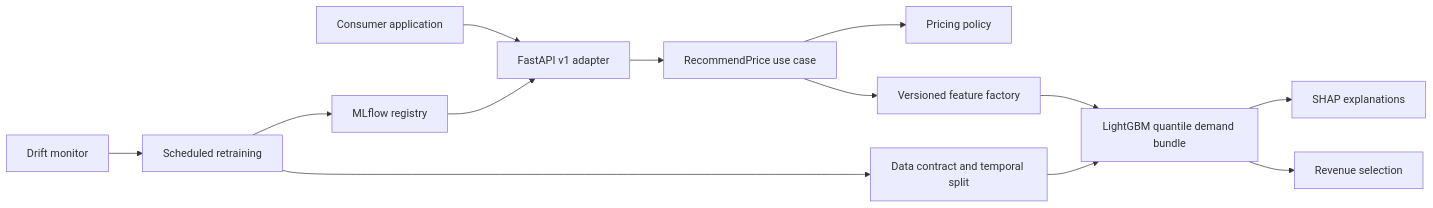
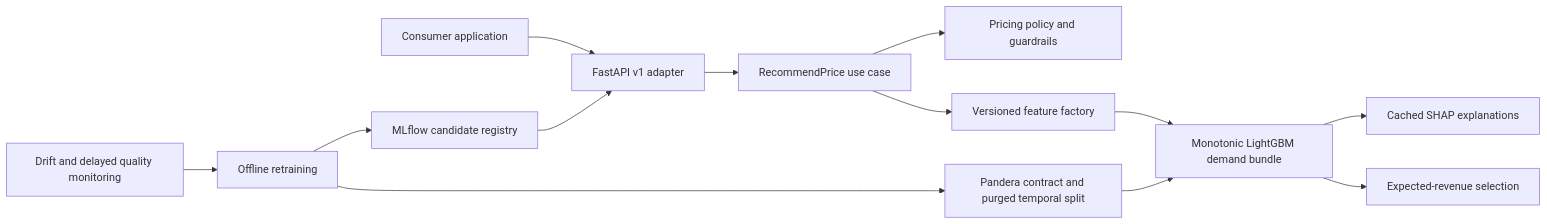
The first of 2 diagrams in docs/architecture.md (Miguesh/pricing-recommendation-engine-), drawn with Mermaid before and after one commit. The commit also changed other lines of this file and 49 other files, not shown here.

````diff
--- a/docs/architecture.md
+++ b/docs/architecture.md
@@ -17,15 +22,15 @@
-~~~mermaid
+```mermaid
 flowchart LR
     Client["Consumer application"] --> API["FastAPI v1 adapter"]
     API --> UseCase["RecommendPrice use case"]
-    UseCase --> Policy["Pricing policy"]
+    UseCase --> Policy["Pricing policy and guardrails"]
     UseCase --> Features["Versioned feature factory"]
-    Features --> Model["LightGBM quantile demand bundle"]
-    Model --> Explain["SHAP explanations"]
-    Model --> Optimize["Revenue selection"]
-    Train["Scheduled retraining"] --> Validate["Data contract and temporal split"]
+    Features --> Model["Monotonic LightGBM demand bundle"]
+    Model --> Explain["Cached SHAP explanations"]
+    Model --> Optimize["Expected-revenue selection"]
+    Train["Offline retraining"] --> Validate["Pandera contract and purged temporal split"]
     Validate --> Model
-    Train --> Registry["MLflow registry"]
+    Train --> Registry["MLflow candidate registry"]
     Registry --> API
-    Monitor["Drift monitor"] --> Train
-~~~
+    Monitor["Drift and delayed quality monitoring"] --> Train
+```
````
